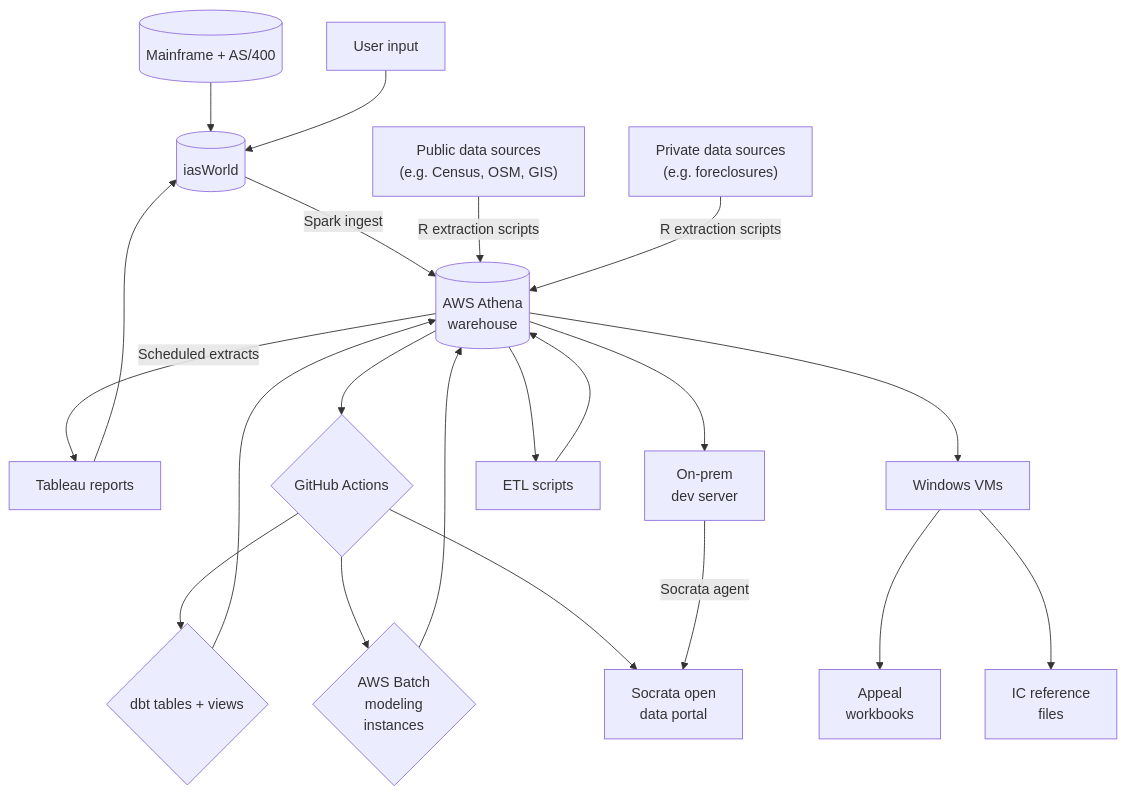
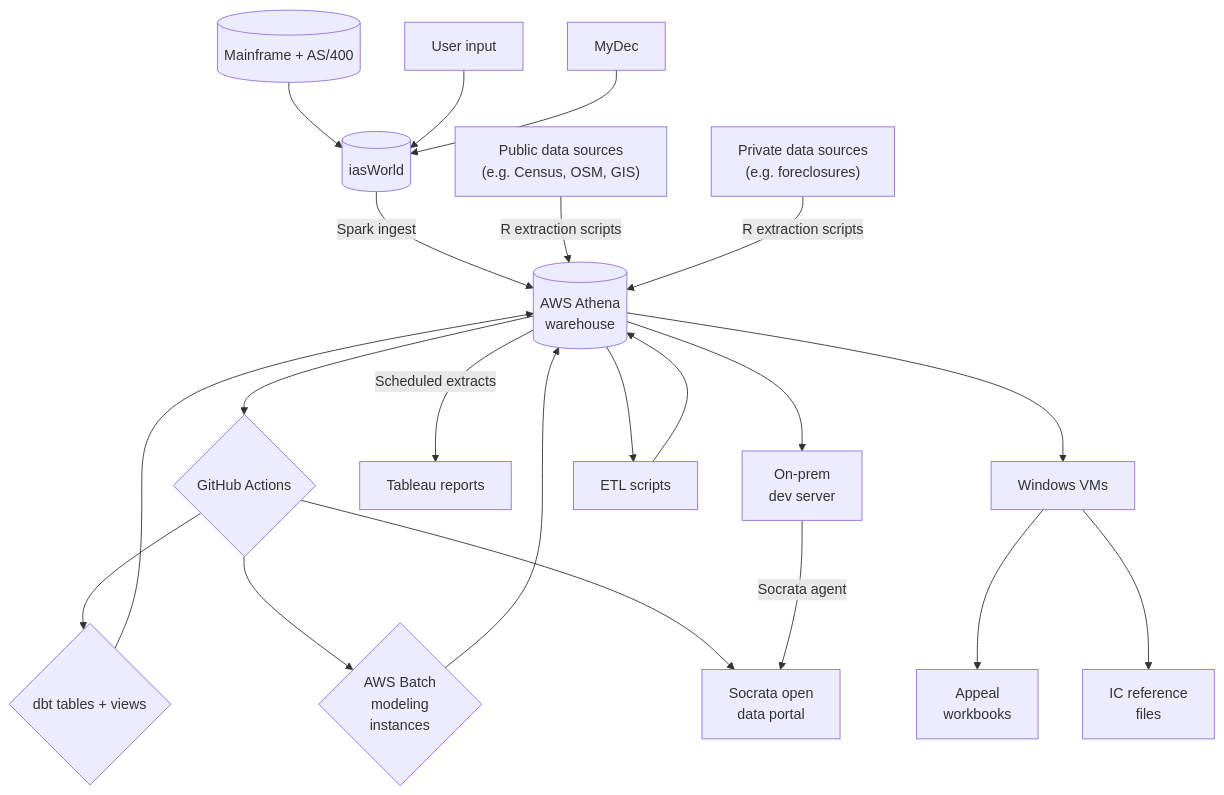
One commit to ccao-data/data-architecture changed the diagram in dbt/assets/dataflow-diagram.mmd. Above: the diagram before and after it, drawn with Mermaid.

Commit message:
Switch to human-readable variable names in `dataflow-diagram.mmd`

```diff
--- a/dbt/assets/dataflow-diagram.mmd
+++ b/dbt/assets/dataflow-diagram.mmd
@@ -1,13 +1,13 @@
 flowchart TD
-  A[(Mainframe + AS/400)] & B[User input] & M[MyDec]--> C[(iasWorld)]
-  C -- Spark ingest --> D[(AWS Athena\nwarehouse)]
-  E["Public data sources\n(e.g. Census, OSM, GIS)"] & F["Private data sources\n(e.g. foreclosures)"] -- R extraction scripts --> D
-  D --> H{GitHub Actions}
-  H --> I{dbt tables + views} --> D
-  H --> J{AWS Batch\nmodeling\ninstances} --> D
-  H --> L[Socrata open\ndata portal]
-  D --> K[On-prem\ndev server] -- Socrata agent --> L
-  D -- Scheduled extracts --> M[Tableau reports]
-  D --> N[Windows VMs] --> O[Appeal\nworkbooks]
-  N --> P[IC reference\nfiles]
-  D --> Q[ETL scripts] --> D
+  mainframe[(Mainframe + AS/400)] & input[User input] & mydec[MyDec]--> ias[(iasWorld)]
+  ias -- Spark ingest --> athena[(AWS Athena\nwarehouse)]
+  public["Public data sources\n(e.g. Census, OSM, GIS)"] & private["Private data sources\n(e.g. foreclosures)"] -- R extraction scripts --> athena
+  athena --> github{GitHub Actions}
+  github --> dbt{dbt tables + views} --> athena
+  github --> batch{AWS Batch\nmodeling\ninstances} --> athena
+  github --> socrata[Socrata open\ndata portal]
+  athena --> server[On-prem\ndev server] -- Socrata agent --> socrata
+  athena -- Scheduled extracts --> tableau[Tableau reports]
+  athena --> vm[Windows VMs] --> appeal[Appeal\nworkbooks]
+  vm --> ic[IC reference\nfiles]
+  athena --> etl[ETL scripts] --> athena
```
